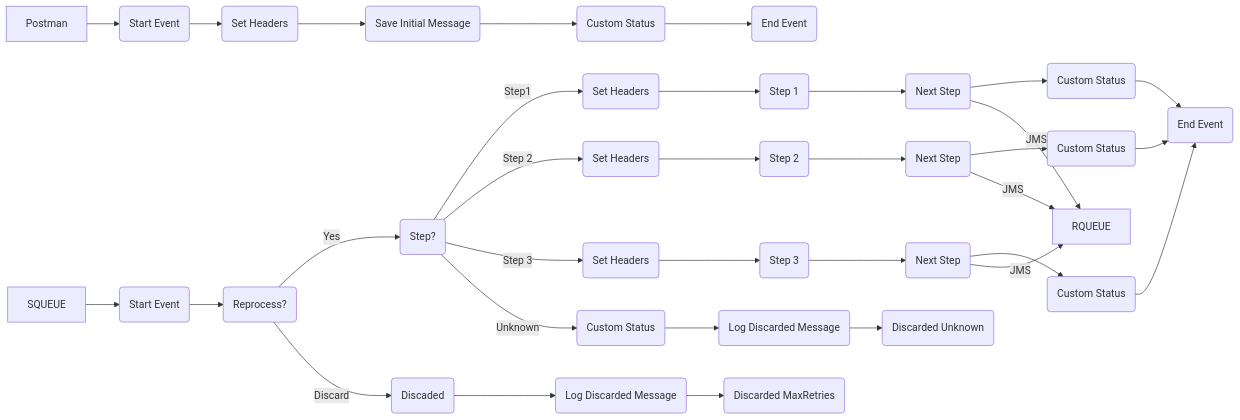
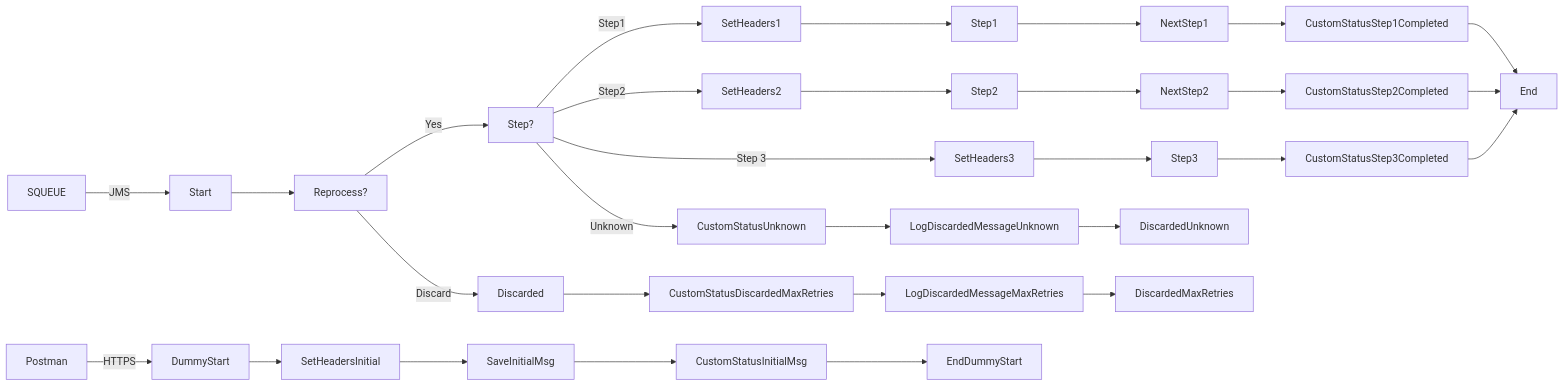
The diagram in MMZ - Cell Iflows/SEDA_Model_-_Single_Queue_-_Restart_and_Discard_MMZ-1.0.1/readme.md (Avvale-IA-CICD/AvvaleCPI), drawn with Mermaid before and after one commit. The commit also changed other lines of this file, not shown here.

Commit message:
Add/update documentation for SEDA_Model_-_Single_Queue_-_Restart_and_Discard_MMZ v1.0.1

````diff
--- a/MMZ - Cell Iflows/SEDA_Model_-_Single_Queue_-_Restart_and_Discard_MMZ-1.0.1/readme.md
+++ b/MMZ - Cell Iflows/SEDA_Model_-_Single_Queue_-_Restart_and_Discard_MMZ-1.0.1/readme.md
@@ -5,35 +4,32 @@
 ```mermaid
 graph LR
-    Postman --> HTTPS_Sender(Start Event)
-    HTTPS_Sender --> SetHeaders0(Set Headers)
-    SetHeaders0 --> SaveInitialMsg(Save Initial Message)
-    SaveInitialMsg --> CustomStatus0(Custom Status)
-    CustomStatus0 --> End0(End Event)
-    SQUEUE --> Start(Start Event)
-    Start --> Reprocess(Reprocess?)
-    Reprocess -- Yes --> StepChoice(Step?)
-    Reprocess -- Discard --> DiscardMax(Discaded)
-    DiscardMax --> LogDiscardedMsgMax(Log Discarded Message)
-    LogDiscardedMsgMax --> DiscardedMaxRetries(Discarded MaxRetries)
-    StepChoice -- Step1 --> SetHeaders1(Set Headers)
-    StepChoice -- Step 2 --> SetHeaders2(Set Headers)
-    StepChoice -- Step 3 --> SetHeaders3(Set Headers)
-    StepChoice -- Unknown --> DiscardUnknown(Custom Status)
-    DiscardUnknown --> LogDiscardedMsgUnknown(Log Discarded Message)
-    LogDiscardedMsgUnknown --> DiscardedUnknown(Discarded Unknown)
-    SetHeaders1 --> Step1(Step 1)
-    SetHeaders2 --> Step2(Step 2)
-    SetHeaders3 --> Step3(Step 3)
-    Step1 --> JMSSend1(Next Step)
-    Step2 --> JMSSend2(Next Step)
-    Step3 --> JMSSend3(Next Step)
-    JMSSend1 --> CustomStatus1(Custom Status)
-    JMSSend2 --> CustomStatus2(Custom Status)
-    JMSSend3 --> CustomStatus3(Custom Status)
-    CustomStatus1 --> End(End Event)
-    CustomStatus2 --> End(End Event)
-    CustomStatus3 --> End(End Event)
-    JMSSend1 -- JMS --> RQUEUE
-    JMSSend2 -- JMS --> RQUEUE
-    JMSSend3 -- JMS --> RQUEUE
+    Postman -- HTTPS --> DummyStart
+    SQUEUE -- JMS --> Start
+    Start --> Reprocess?
+    Reprocess? -- Yes --> Step?
+    Reprocess? -- Discard --> Discarded
+    Step? -- Step1 --> SetHeaders1
+    Step? -- Step2 --> SetHeaders2
+    Step? -- Step 3 --> SetHeaders3
+    Step? -- Unknown --> CustomStatusUnknown
+    SetHeaders1 --> Step1
+    SetHeaders2 --> Step2
+    SetHeaders3 --> Step3
+    Step1 --> NextStep1
+    Step2 --> NextStep2
+    Step3 --> CustomStatusStep3Completed
+    NextStep1 --> CustomStatusStep1Completed
+    NextStep2 --> CustomStatusStep2Completed
+    CustomStatusStep1Completed --> End
+    CustomStatusStep2Completed --> End
+    CustomStatusStep3Completed --> End
+    CustomStatusUnknown --> LogDiscardedMessageUnknown
+    LogDiscardedMessageUnknown --> DiscardedUnknown
+    Discarded --> CustomStatusDiscardedMaxRetries
+    CustomStatusDiscardedMaxRetries --> LogDiscardedMessageMaxRetries
+    LogDiscardedMessageMaxRetries --> DiscardedMaxRetries
+    DummyStart --> SetHeadersInitial
+    SetHeadersInitial --> SaveInitialMsg
+    SaveInitialMsg --> CustomStatusInitialMsg
+    CustomStatusInitialMsg --> EndDummyStart
 ```
````
